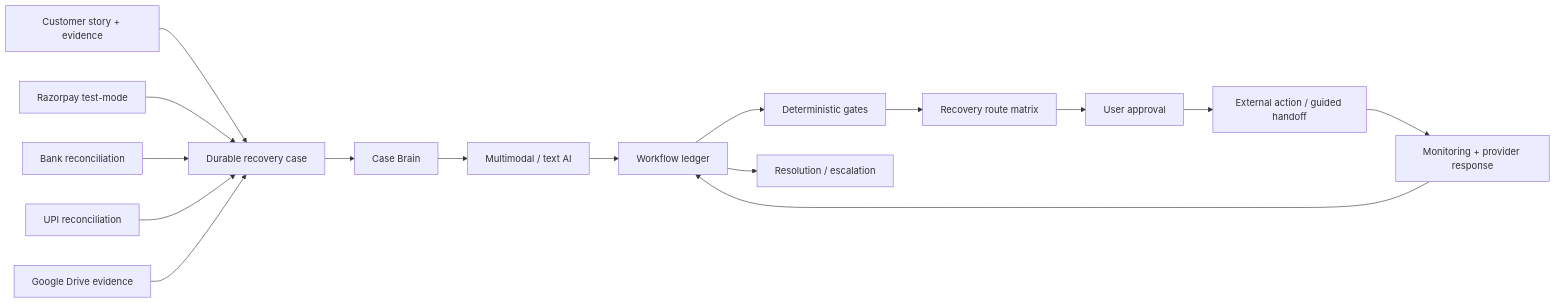
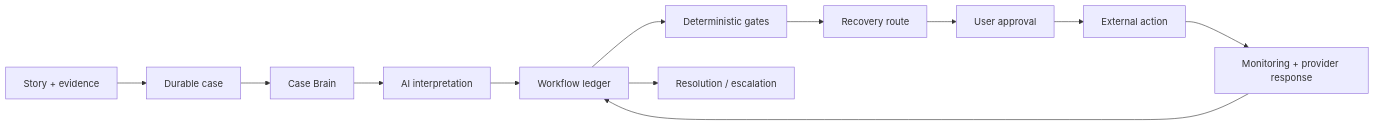
Before and after one commit to Prakash-codeMaker/RecoverIT: the second of 2 diagrams in README.md, drawn with Mermaid. The commit also changed other lines of this file, not shown here.

````diff
--- a/README.md
+++ b/README.md
@@ -263,19 +197,14 @@
 ```mermaid
 flowchart LR
-    U[Customer story + evidence] --> C[Durable recovery case]
+    U[Story + evidence] --> C[Durable case]
     C --> B[Case Brain]
-    B --> AI[Multimodal / text AI]
+    B --> AI[AI interpretation]
     AI --> W[Workflow ledger]
     W --> G[Deterministic gates]
-    G --> R[Recovery route matrix]
+    G --> R[Recovery route]
     R --> A[User approval]
-    A --> X[External action / guided handoff]
+    A --> X[External action]
     X --> M[Monitoring + provider response]
     M --> W
     W --> O[Resolution / escalation]
-
-    RP[Razorpay test-mode] --> C
-    BK[Bank reconciliation] --> C
-    UP[UPI reconciliation] --> C
-    GD[Google Drive evidence] --> C
 ```
````
